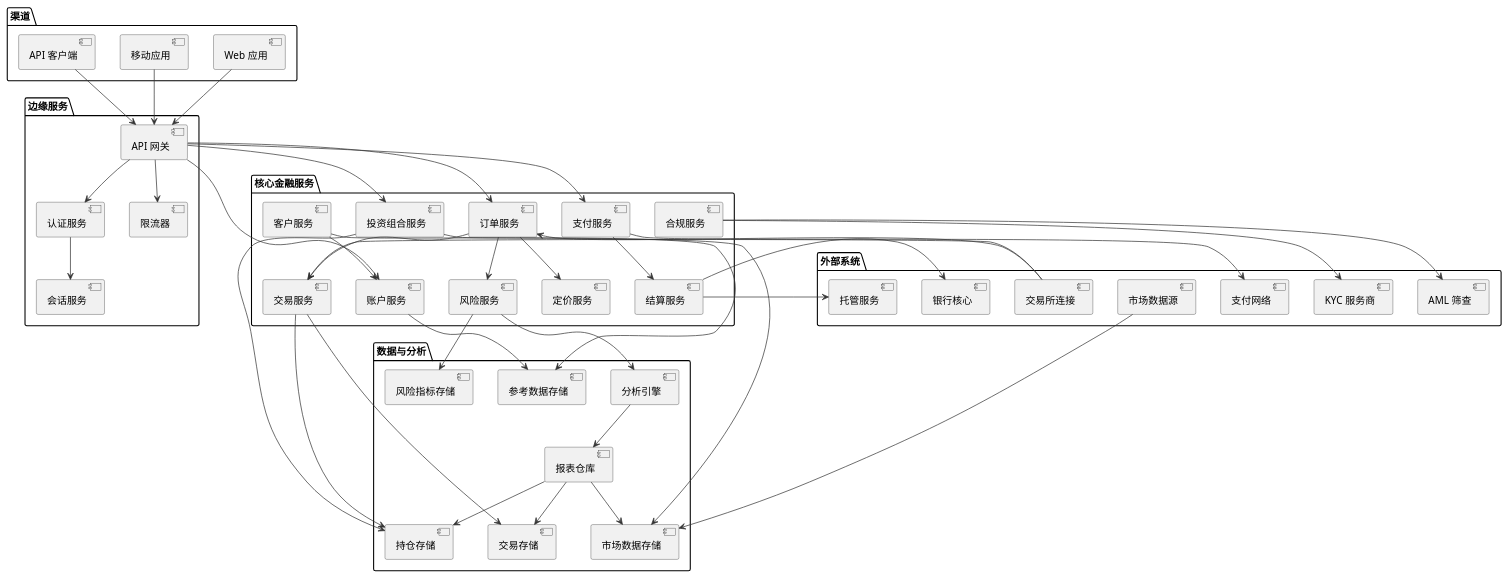
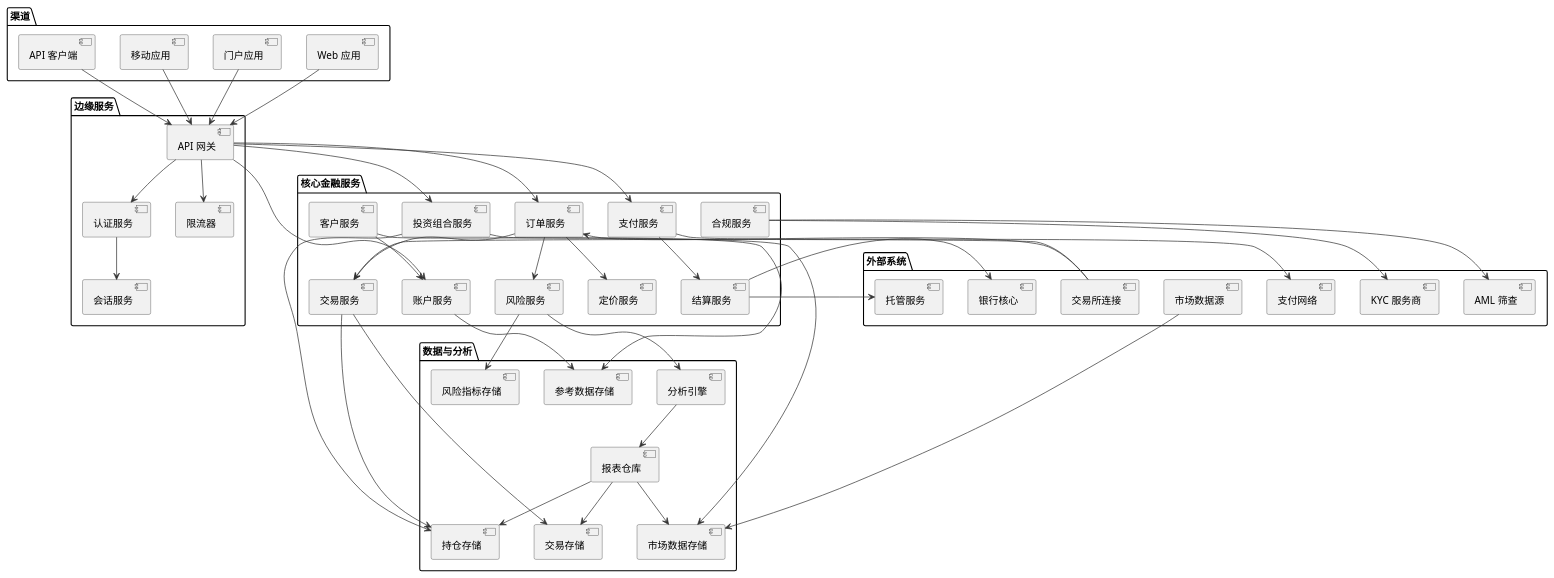
One commit to felixzhu97/finpulse changed the diagram in docs/zh/product/domain/finance-system.puml. Above: the diagram before and after it, drawn with PlantUML. The commit also changed 677 other files, not shown here.

```diff
--- a/docs/zh/product/domain/finance-system.puml
+++ b/docs/zh/product/domain/finance-system.puml
@@ -1,99 +1,101 @@
 @startuml
 
 skinparam component {
   BorderColor #333333
   ArrowColor #333333
 }
 
 package "渠道" {
   component "Web 应用" as WebApp
+  component "门户应用" as PortalApp
   component "移动应用" as MobileApp
   component "API 客户端" as ApiClients
 }
 
 package "边缘服务" {
   component "API 网关" as ApiGateway
   component "认证服务" as AuthService
   component "会话服务" as SessionService
   component "限流器" as RateLimiter
 }
 
 package "核心金融服务" {
   component "账户服务" as AccountService
   component "客户服务" as CustomerService
   component "投资组合服务" as PortfolioService
   component "订单服务" as OrderService
   component "交易服务" as TradeService
   component "支付服务" as PaymentService
   component "结算服务" as SettlementService
   component "风险服务" as RiskService
   component "定价服务" as PricingService
   component "合规服务" as ComplianceService
 }
 
 package "数据与分析" {
   component "持仓存储" as PositionsStore
   component "交易存储" as TransactionsStore
   component "参考数据存储" as ReferenceDataStore
   component "市场数据存储" as MarketDataStore
   component "风险指标存储" as RiskMetricsStore
   component "报表仓库" as ReportingWarehouse
   component "分析引擎" as AnalyticsEngine
 }
 
 package "外部系统" {
   component "银行核心" as BankingCore
   component "交易所连接" as ExchangeConnectivity
   component "托管服务" as CustodyService
   component "支付网络" as PaymentNetworks
   component "市场数据源" as MarketDataFeeds
   component "KYC 服务商" as KycProviders
   component "AML 筛查" as AmlScreening
 }
 
 WebApp --> ApiGateway
+PortalApp --> ApiGateway
 MobileApp --> ApiGateway
 ApiClients --> ApiGateway
 
 ApiGateway --> RateLimiter
 ApiGateway --> AuthService
 AuthService --> SessionService
 
 ApiGateway --> AccountService
 ApiGateway --> PortfolioService
 ApiGateway --> OrderService
 ApiGateway --> PaymentService
 
 CustomerService --> AccountService
 PortfolioService --> PositionsStore
 PortfolioService --> MarketDataStore
 
 OrderService --> TradeService
 OrderService --> RiskService
 OrderService --> PricingService
 TradeService --> PositionsStore
 TradeService --> TransactionsStore
 
 PaymentService --> SettlementService
 PaymentService --> PaymentNetworks
 SettlementService --> BankingCore
 SettlementService --> CustodyService
 
 RiskService --> RiskMetricsStore
 RiskService --> AnalyticsEngine
 ComplianceService --> AmlScreening
 ComplianceService --> KycProviders
 
 AnalyticsEngine --> ReportingWarehouse
 ReportingWarehouse --> PositionsStore
 ReportingWarehouse --> TransactionsStore
 ReportingWarehouse --> MarketDataStore
 
 MarketDataFeeds --> MarketDataStore
 ExchangeConnectivity --> TradeService
 ExchangeConnectivity --> OrderService
 
 AccountService --> ReferenceDataStore
 CustomerService --> ReferenceDataStore
 
 @enduml
```
